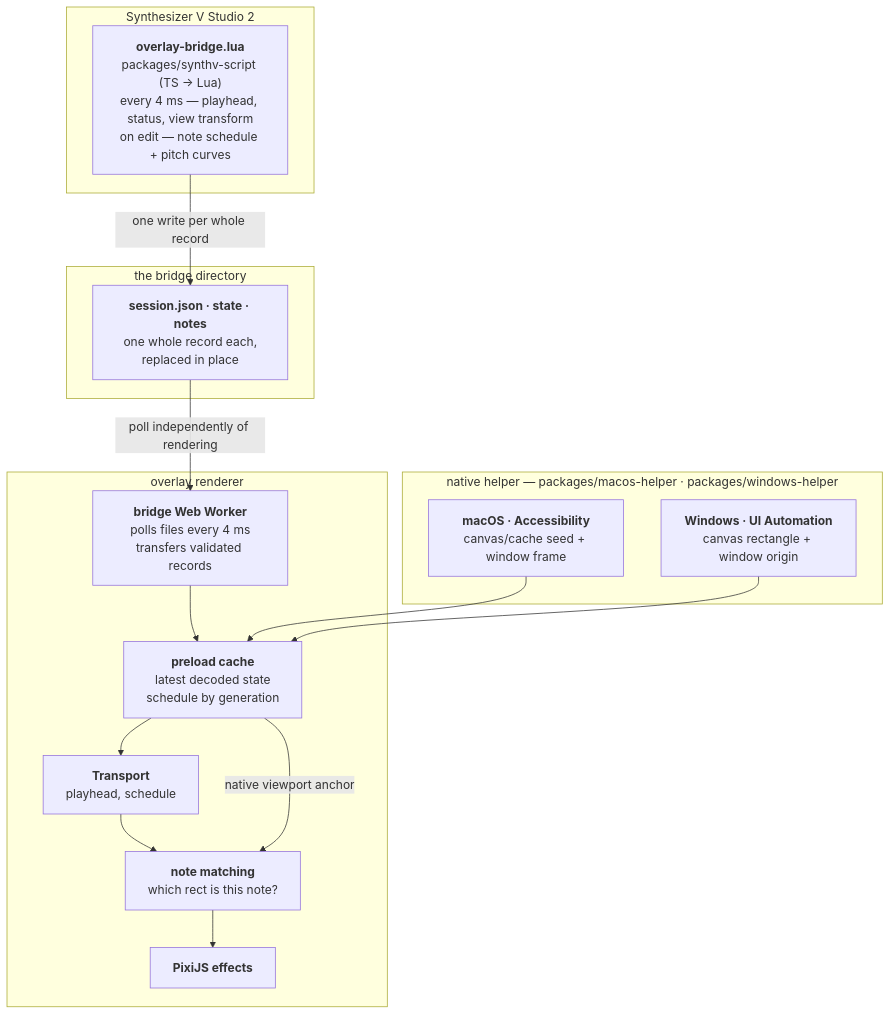
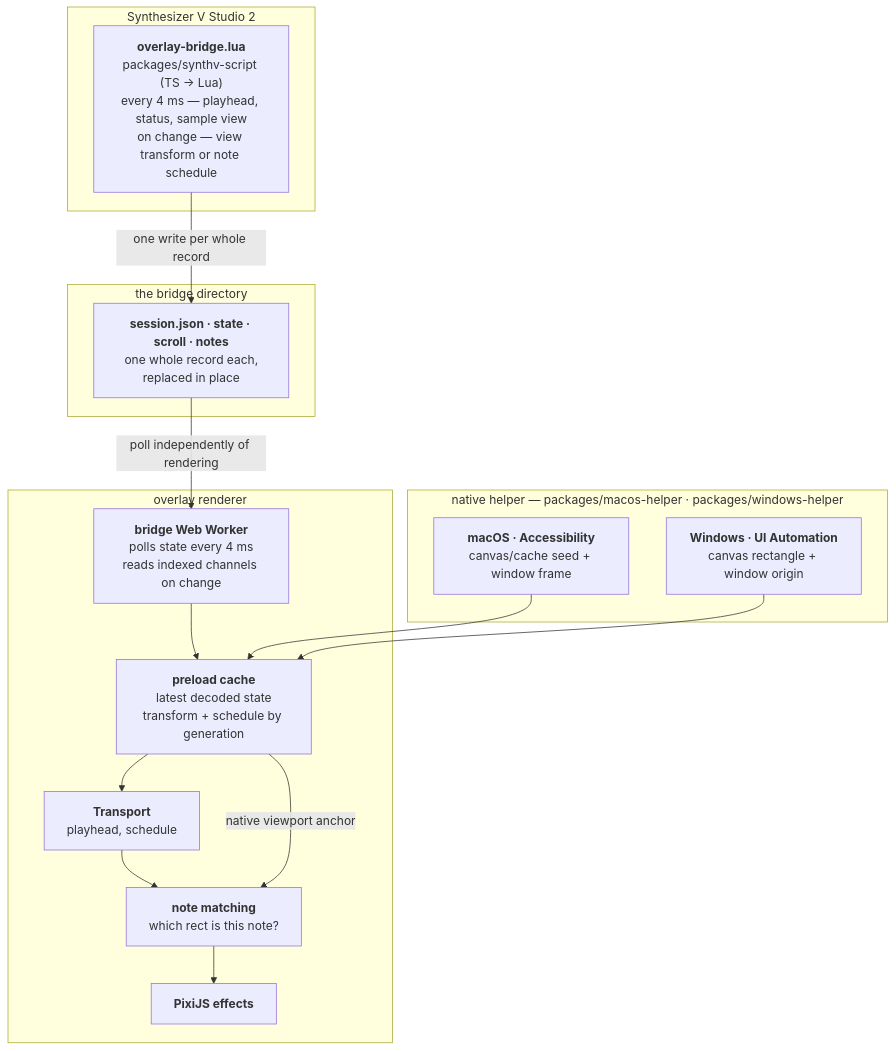
Before and after one commit to 0x1f320/karaoke-v: the diagram in docs/architecture.md, drawn with Mermaid. The commit also changed other lines of this file and 32 other files, not shown here.

Commit message:
perf(bridge): publish scroll transform only on change (#100)

````diff
--- a/docs/architecture.md
+++ b/docs/architecture.md
@@ -27,30 +27,30 @@
 ```mermaid
 flowchart TD
     subgraph SV["Synthesizer V Studio 2"]
-        script["<b>overlay-bridge.lua</b><br/>packages/synthv-script (TS → Lua)<br/>every 4 ms — playhead, status, view transform<br/>on edit — note schedule + pitch curves"]
+        script["<b>overlay-bridge.lua</b><br/>packages/synthv-script (TS → Lua)<br/>every 4 ms — playhead, status, sample view<br/>on change — view transform or note schedule"]
     end
 
     subgraph CH["the bridge directory"]
-        files["<b>session.json · state · notes</b><br/>one whole record each,<br/>replaced in place"]
+        files["<b>session.json · state · scroll · notes</b><br/>one whole record each,<br/>replaced in place"]
     end
 
     subgraph NAT["native helper — packages/macos-helper · packages/windows-helper"]
         mac["<b>macOS · Accessibility</b><br/>canvas/cache seed + window frame"]
         win["<b>Windows · UI Automation</b><br/>canvas rectangle + window origin"]
     end
 
     subgraph REN["overlay renderer"]
-        worker["<b>bridge Web Worker</b><br/>polls files every 4 ms<br/>transfers validated records"]
-        preload["<b>preload cache</b><br/>latest decoded state<br/>schedule by generation"]
+        worker["<b>bridge Web Worker</b><br/>polls state every 4 ms<br/>reads indexed channels on change"]
+        preload["<b>preload cache</b><br/>latest decoded state<br/>transform + schedule by generation"]
         transport["<b>Transport</b><br/>playhead, schedule"]
         match["<b>note matching</b><br/>which rect is this note?"]
         pixi["<b>PixiJS effects</b>"]
     end
 
     script -- "one write per whole record" --> files
     files -- "poll independently of rendering" --> worker --> preload
     mac --> preload
     win --> preload
     preload --> transport --> match --> pixi
     preload -- "native viewport anchor" --> match
 ```
````
